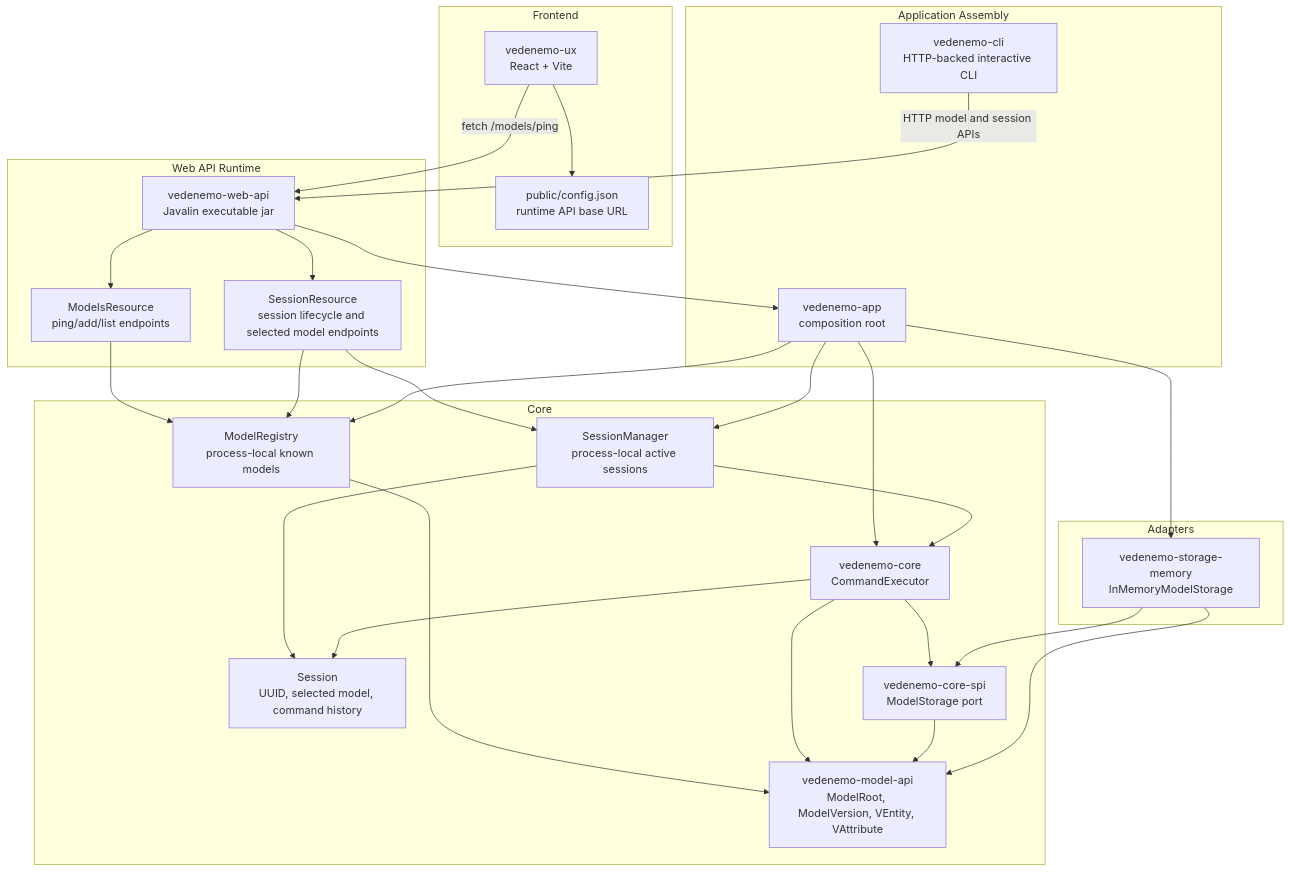
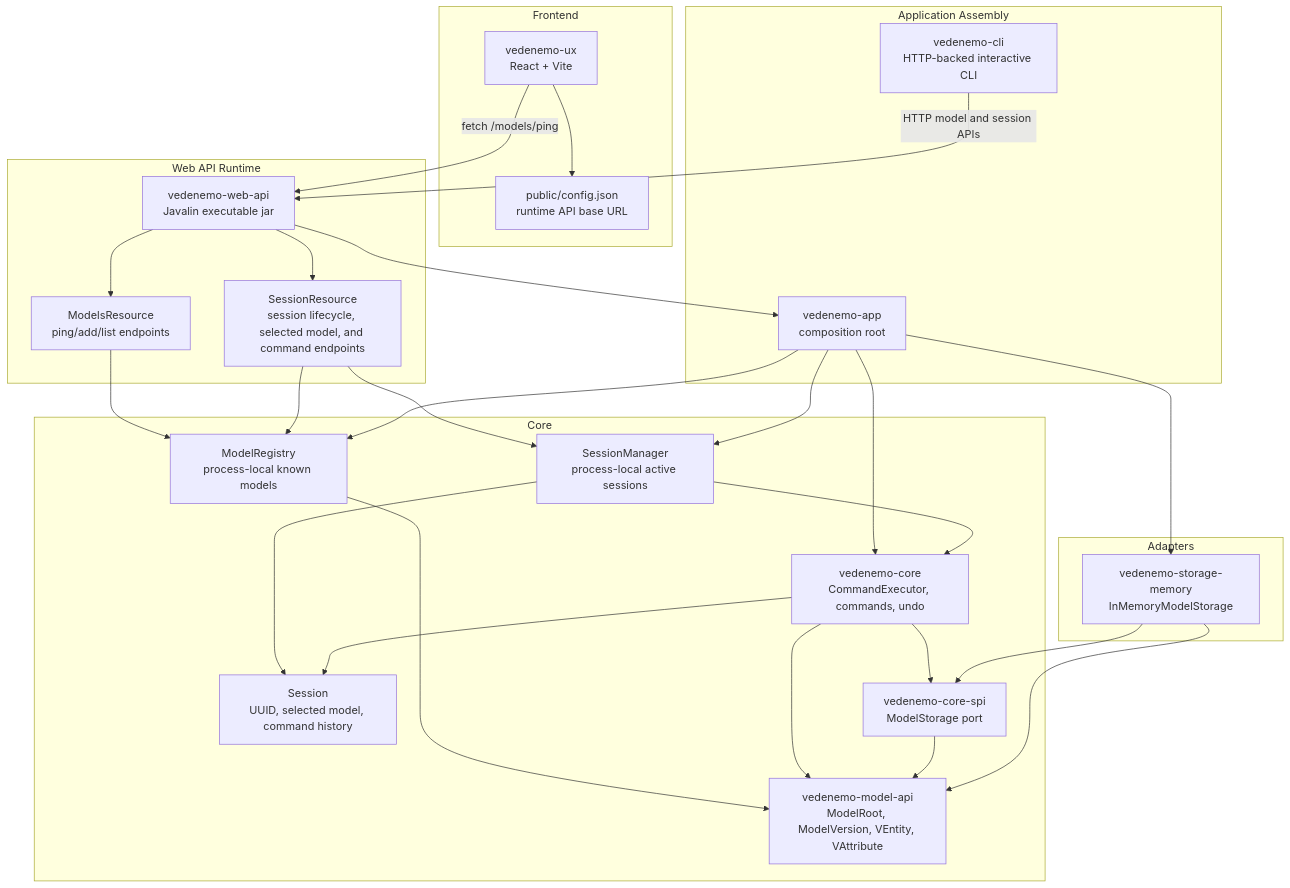
One commit to VedenemoDev/VedenemoMonorepo changed the first of 7 diagrams in docs/architecture_doc.md. Above: the diagram before and after it, drawn with Mermaid. The commit also changed other lines of this file and 28 other files, not shown here.

First line of the commit message:
Implement first model command and undo

````diff
--- a/docs/architecture_doc.md
+++ b/docs/architecture_doc.md
@@ -14,55 +14,55 @@
 ```mermaid
 flowchart TB
 
 subgraph UX["Frontend"]
     ViteUX["vedenemo-ux<br/>React + Vite"]
     RuntimeConfig["public/config.json<br/>runtime API base URL"]
 end
 
 subgraph Web["Web API Runtime"]
     WebApi["vedenemo-web-api<br/>Javalin executable jar"]
     ModelsResource["ModelsResource<br/>ping/add/list endpoints"]
-    SessionResource["SessionResource<br/>session lifecycle and selected model endpoints"]
+    SessionResource["SessionResource<br/>session lifecycle, selected model, and command endpoints"]
 end
 
 subgraph App["Application Assembly"]
     AppRoot["vedenemo-app<br/>composition root"]
     Cli["vedenemo-cli<br/>HTTP-backed interactive CLI"]
 end
 
 subgraph Core["Core"]
-    CoreModule["vedenemo-core<br/>CommandExecutor"]
+    CoreModule["vedenemo-core<br/>CommandExecutor, commands, undo"]
     SessionManager["SessionManager<br/>process-local active sessions"]
     Session["Session<br/>UUID, selected model, command history"]
     ModelRegistry["ModelRegistry<br/>process-local known models"]
     Spi["vedenemo-core-spi<br/>ModelStorage port"]
     ModelApi["vedenemo-model-api<br/>ModelRoot, ModelVersion, VEntity, VAttribute"]
 end
 
 subgraph Adapters["Adapters"]
     MemoryStorage["vedenemo-storage-memory<br/>InMemoryModelStorage"]
 end
 
 ViteUX --> RuntimeConfig
 ViteUX -->|fetch /models/ping| WebApi
 Cli -->|HTTP model and session APIs| WebApi
 WebApi --> ModelsResource
 WebApi --> SessionResource
 WebApi --> AppRoot
 ModelsResource --> ModelRegistry
 SessionResource --> SessionManager
 SessionResource --> ModelRegistry
 AppRoot --> CoreModule
 AppRoot --> ModelRegistry
 AppRoot --> SessionManager
 AppRoot --> MemoryStorage
 SessionManager --> Session
 SessionManager --> CoreModule
 ModelRegistry --> ModelApi
 CoreModule --> Spi
 CoreModule --> ModelApi
 CoreModule --> Session
 Spi --> ModelApi
 MemoryStorage --> Spi
 MemoryStorage --> ModelApi
 ```
````
